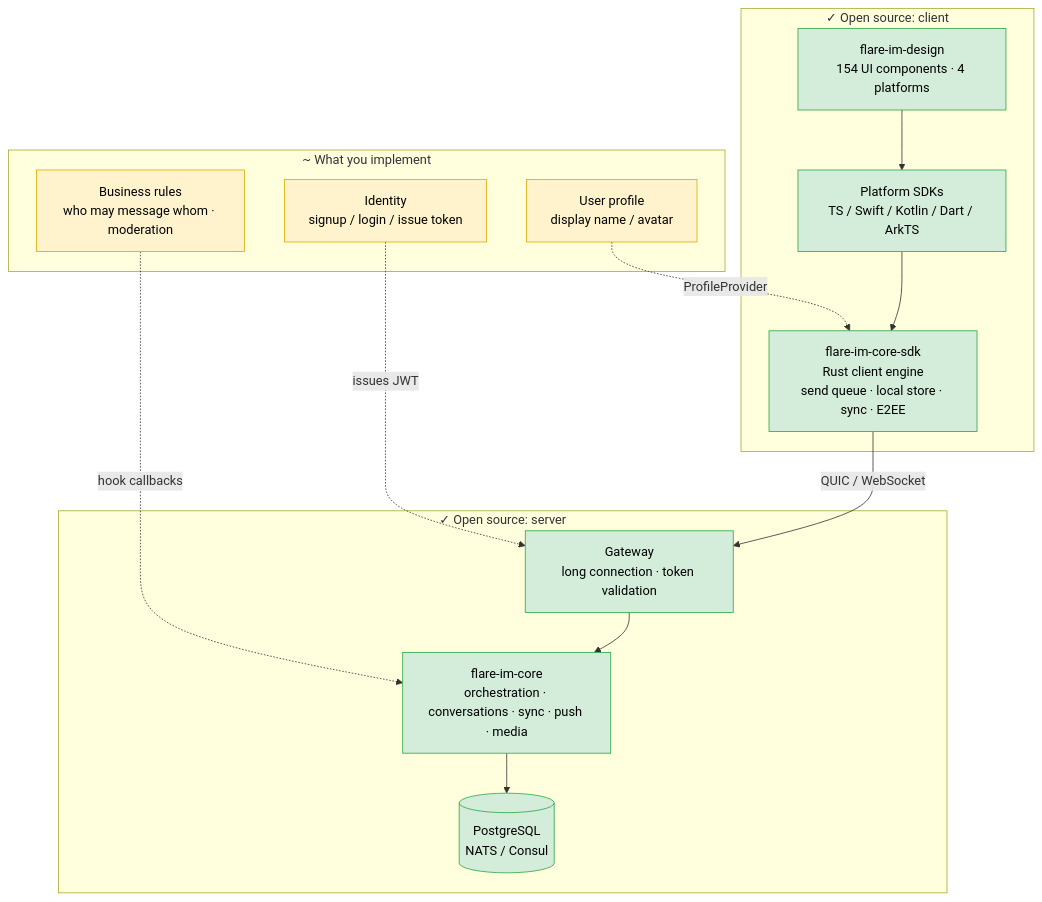
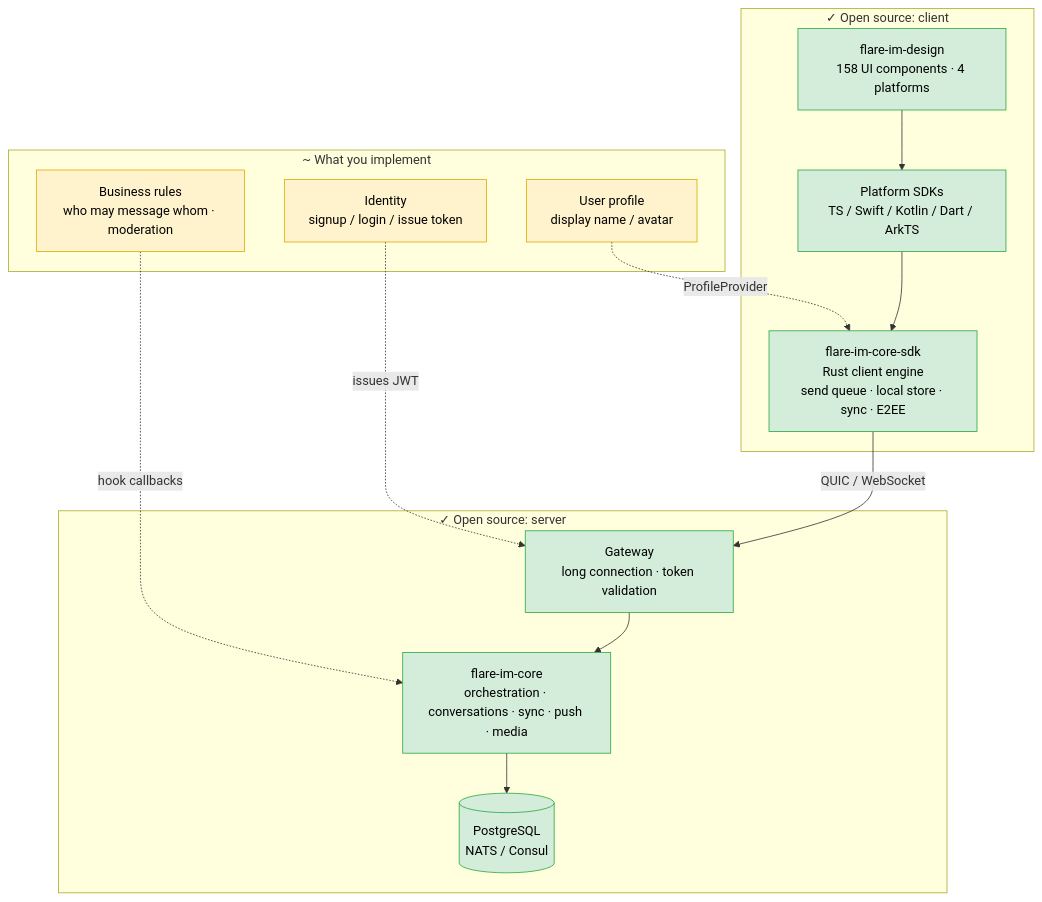
The first of 2 diagrams in README.md (flare-im/flare-im-core-server), drawn with Mermaid before and after one commit. The commit also changed other lines of this file and 1 other file, not shown here.

Commit message:
README 的 UI 组件数更新为 158，与 flare-im-design 一致
README 数字门禁在本地报红：README 写 154，同级 flare-im-design dev 的
spec/components.json 现为 158 个组件。

````diff
--- a/README.md
+++ b/README.md
@@ -57,32 +57,32 @@
 ```mermaid
 flowchart TB
     subgraph yours["~ What you implement"]
         auth["Identity<br/>signup / login / issue token"]
         rules["Business rules<br/>who may message whom · moderation"]
         profile["User profile<br/>display name / avatar"]
     end
 
     subgraph client["✓ Open source: client"]
-        ui["flare-im-design<br/>154 UI components · 4 platforms"]
+        ui["flare-im-design<br/>158 UI components · 4 platforms"]
         sdk["Platform SDKs<br/>TS / Swift / Kotlin / Dart / ArkTS"]
         engine["flare-im-core-sdk<br/>Rust client engine<br/>send queue · local store · sync · E2EE"]
     end
 
     subgraph server["✓ Open source: server"]
         gw["Gateway<br/>long connection · token validation"]
         core["flare-im-core<br/>orchestration · conversations · sync · push · media"]
         store[("PostgreSQL<br/>NATS / Consul")]
     end
 
     auth -. "issues JWT" .-> gw
     rules -. "hook callbacks" .-> core
     profile -. "ProfileProvider" .-> engine
 
     ui --> sdk --> engine
     engine -- "QUIC / WebSocket" --> gw --> core --> store
 
     classDef mine fill:#FFF3CD,stroke:#E0A800,color:#000
     classDef oss fill:#D4EDDA,stroke:#28A745,color:#000
     class auth,rules,profile mine
     class ui,sdk,engine,gw,core,store oss
 ```
````
